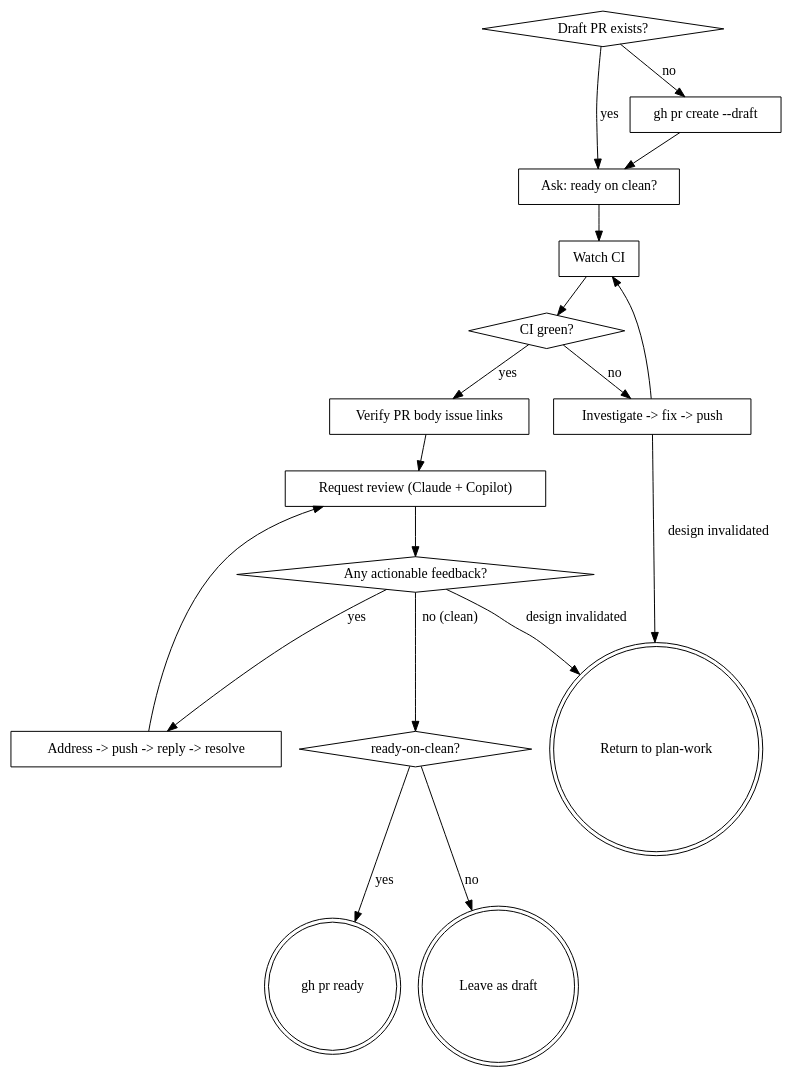
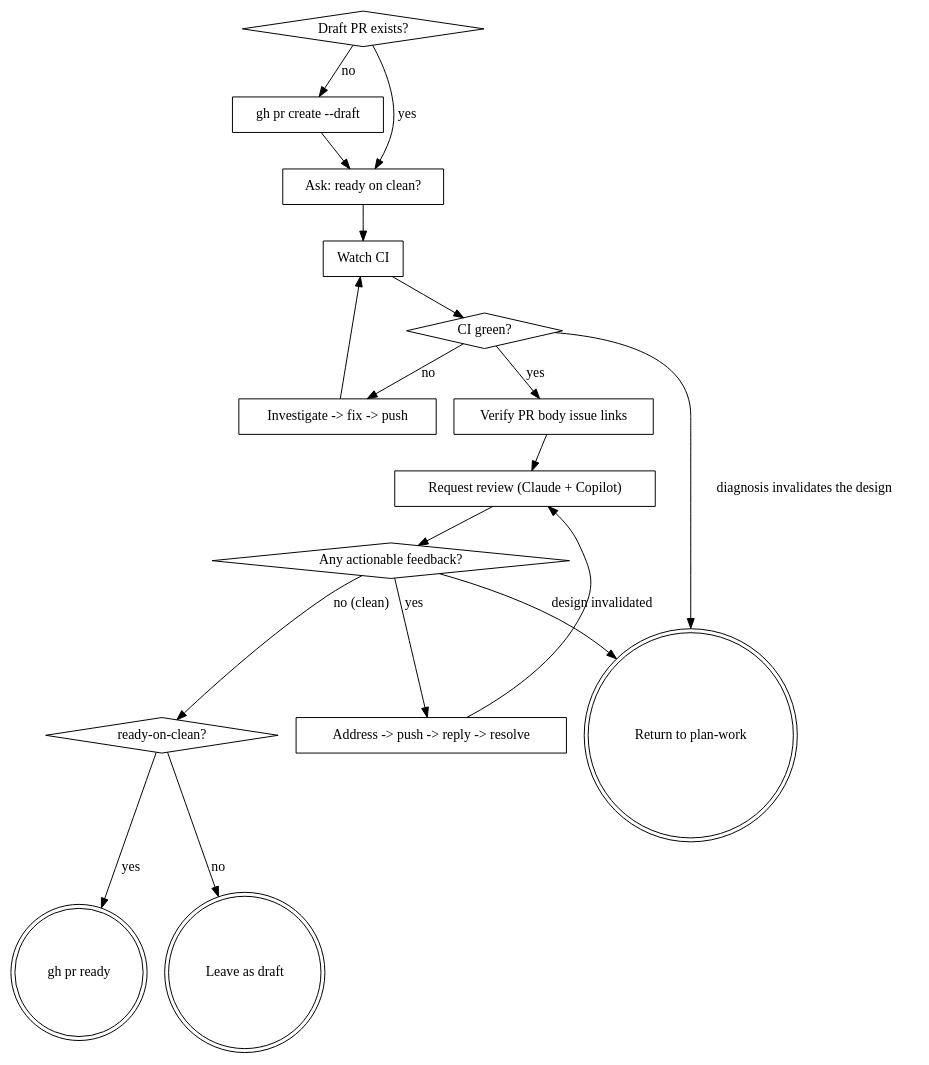
Before and after one commit to yowcow/dotfiles: the diagram in ai/skills/pr-to-ready/SKILL.md, drawn with Graphviz.

Commit message:
Copilot レビュー: CI 側の設計無効化の出口を判定ノードから出す
フロー図で CI 側の出口が `"Investigate -> fix -> push"` という動作ノードから
出ていたため、修正して push した後に設計無効化に気づく流れに読めた。これは
「修正を当てる前に、それが修正かを確かめる」という同ファイルの記述と矛盾する。

出口を判定ノード `"CI green?"` から出すようにし、動作ノードは修正可能な失敗の
経路に限定した。レビュー側の出口が判定ノードから出ているのと同じ形になる。

ラベルは `design invalidated` ではなく `diagnosis invalidates the design` に
した。CI が赤いという事実だけからは設計が覆るかどうか判断できず、診断して
初めて分かるため、判定の根拠を示す必要がある。

yowcow/dotfiles#27

````diff
--- a/ai/skills/pr-to-ready/SKILL.md
+++ b/ai/skills/pr-to-ready/SKILL.md
@@ -131,36 +131,36 @@
 ```dot
 digraph pr_to_ready {
   "Draft PR exists?" [shape=diamond];
   "gh pr create --draft" [shape=box];
   "Ask: ready on clean?" [shape=box];
   "Watch CI" [shape=box];
   "CI green?" [shape=diamond];
   "Investigate -> fix -> push" [shape=box];
   "Verify PR body issue links" [shape=box];
   "Request review (Claude + Copilot)" [shape=box];
   "Any actionable feedback?" [shape=diamond];
   "Address -> push -> reply -> resolve" [shape=box];
   "ready-on-clean?" [shape=diamond];
   "gh pr ready" [shape=doublecircle];
   "Leave as draft" [shape=doublecircle];
   "Return to plan-work" [shape=doublecircle];
 
   "Draft PR exists?" -> "gh pr create --draft" [label="no"];
   "gh pr create --draft" -> "Ask: ready on clean?";
   "Draft PR exists?" -> "Ask: ready on clean?" [label="yes"];
   "Ask: ready on clean?" -> "Watch CI";
   "Watch CI" -> "CI green?";
   "CI green?" -> "Investigate -> fix -> push" [label="no"];
   "Investigate -> fix -> push" -> "Watch CI";
   "CI green?" -> "Verify PR body issue links" [label="yes"];
   "Verify PR body issue links" -> "Request review (Claude + Copilot)";
   "Request review (Claude + Copilot)" -> "Any actionable feedback?";
   "Any actionable feedback?" -> "Address -> push -> reply -> resolve" [label="yes"];
   "Address -> push -> reply -> resolve" -> "Request review (Claude + Copilot)";
   "Any actionable feedback?" -> "ready-on-clean?" [label="no (clean)"];
   "Any actionable feedback?" -> "Return to plan-work" [label="design invalidated"];
-  "Investigate -> fix -> push" -> "Return to plan-work" [label="design invalidated"];
+  "CI green?" -> "Return to plan-work" [label="diagnosis invalidates the design"];
   "ready-on-clean?" -> "gh pr ready" [label="yes"];
   "ready-on-clean?" -> "Leave as draft" [label="no"];
 }
 ```
````
